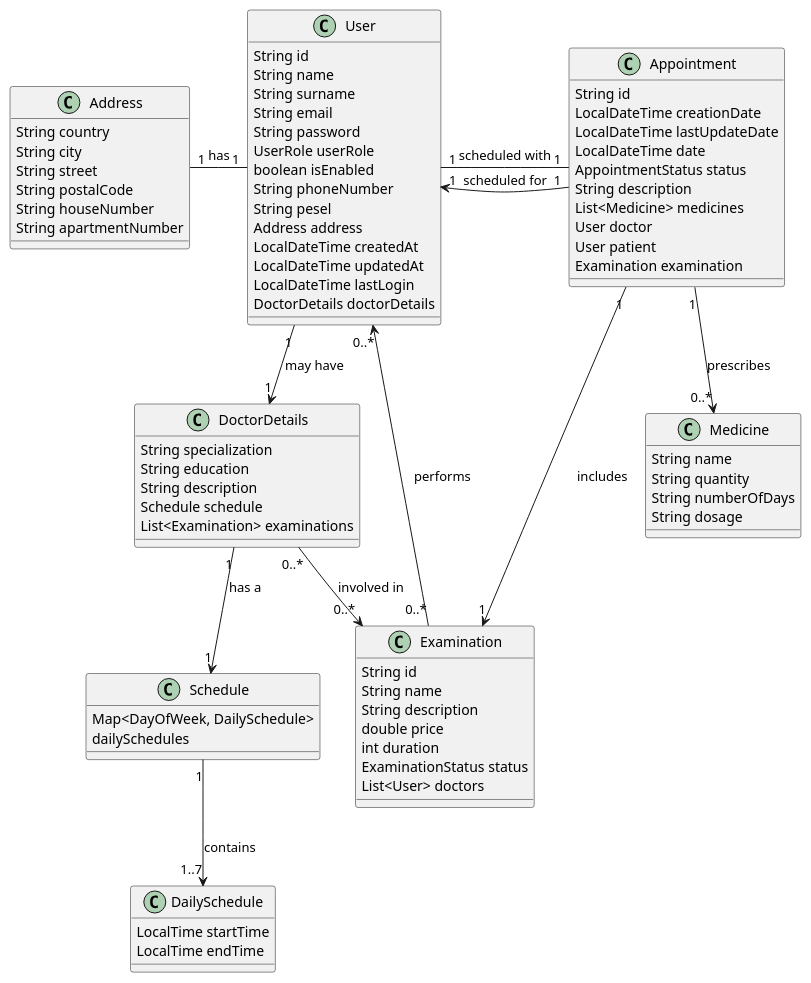
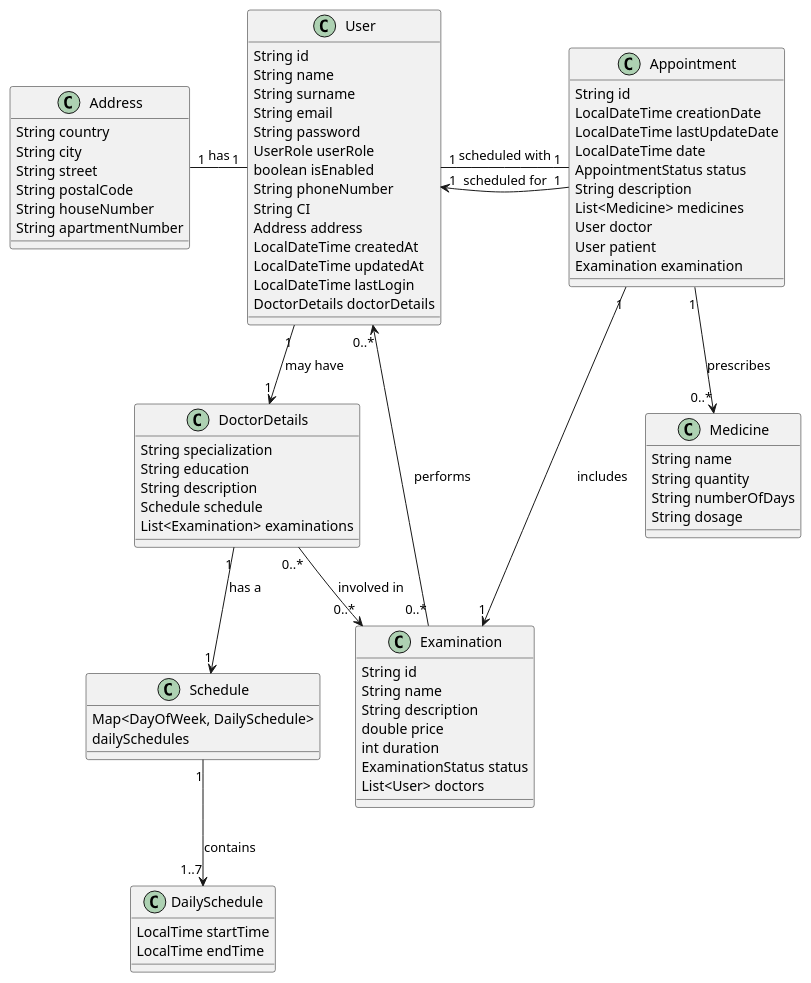
One commit to 100diasAI/clinic-system-back changed the diagram in diagrams/simplifiedClassDiagram.puml. Above: the diagram before and after it, drawn with PlantUML. The commit also changed 30 other files, not shown here.

```diff
--- a/diagrams/simplifiedClassDiagram.puml
+++ b/diagrams/simplifiedClassDiagram.puml
@@ -1,90 +1,90 @@
 @startuml
 skinparam classAttributeIconSize 0
 skinparam wrapWidth 250
 skinparam maxMessageSize 250
 
 class User {
     String id
     String name
     String surname
     String email
     String password
     UserRole userRole
     boolean isEnabled
     String phoneNumber
-    String pesel
+    String CI
     Address address
     LocalDateTime createdAt
     LocalDateTime updatedAt
     LocalDateTime lastLogin
     DoctorDetails doctorDetails
 }
 
 class Address {
     String country
     String city
     String street
     String postalCode
     String houseNumber
     String apartmentNumber
 }
 
 class DoctorDetails {
     String specialization
     String education
     String description
     Schedule schedule
     List<Examination> examinations
 }
 
 class Schedule {
     Map<DayOfWeek, DailySchedule> dailySchedules
 }
 
 class DailySchedule {
     LocalTime startTime
     LocalTime endTime
 }
 
 class Examination {
     String id
     String name
     String description
     double price
     int duration
     ExaminationStatus status
     List<User> doctors
 }
 
 class Appointment {
     String id
     LocalDateTime creationDate
     LocalDateTime lastUpdateDate
     LocalDateTime date
     AppointmentStatus status
     String description
     List<Medicine> medicines
     User doctor
     User patient
     Examination examination
 }
 
 class Medicine {
     String name
     String quantity
     String numberOfDays
     String dosage
 }
 
 ' Relationships
 User "1" -left- "1" Address : has
 User "1" --> "1" DoctorDetails : may have
 DoctorDetails "1" --> "1" Schedule : has a
 Schedule "1" --> "1..7" DailySchedule : contains
 DoctorDetails "0..*" --> "0..*" Examination : involved in
 Appointment "1" -left- "1" User : scheduled with
 Appointment "1" --> "1" User : scheduled for
 Appointment "1" --> "1" Examination : includes
 Appointment "1" --> "0..*" Medicine : prescribes
 Examination "0..*" --> "0..*" User : performs
 @enduml
```
